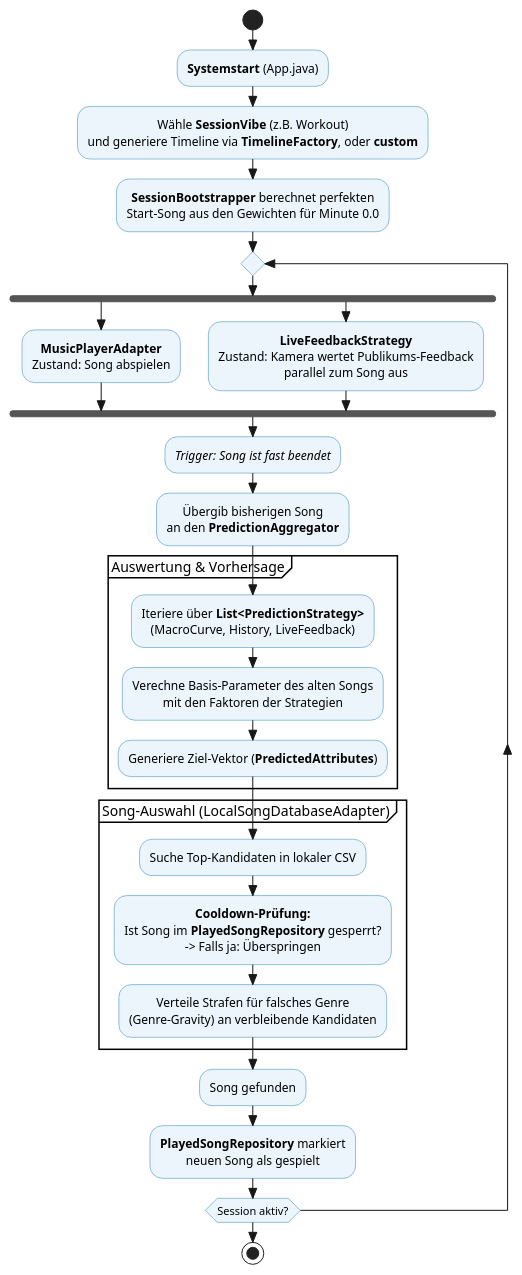
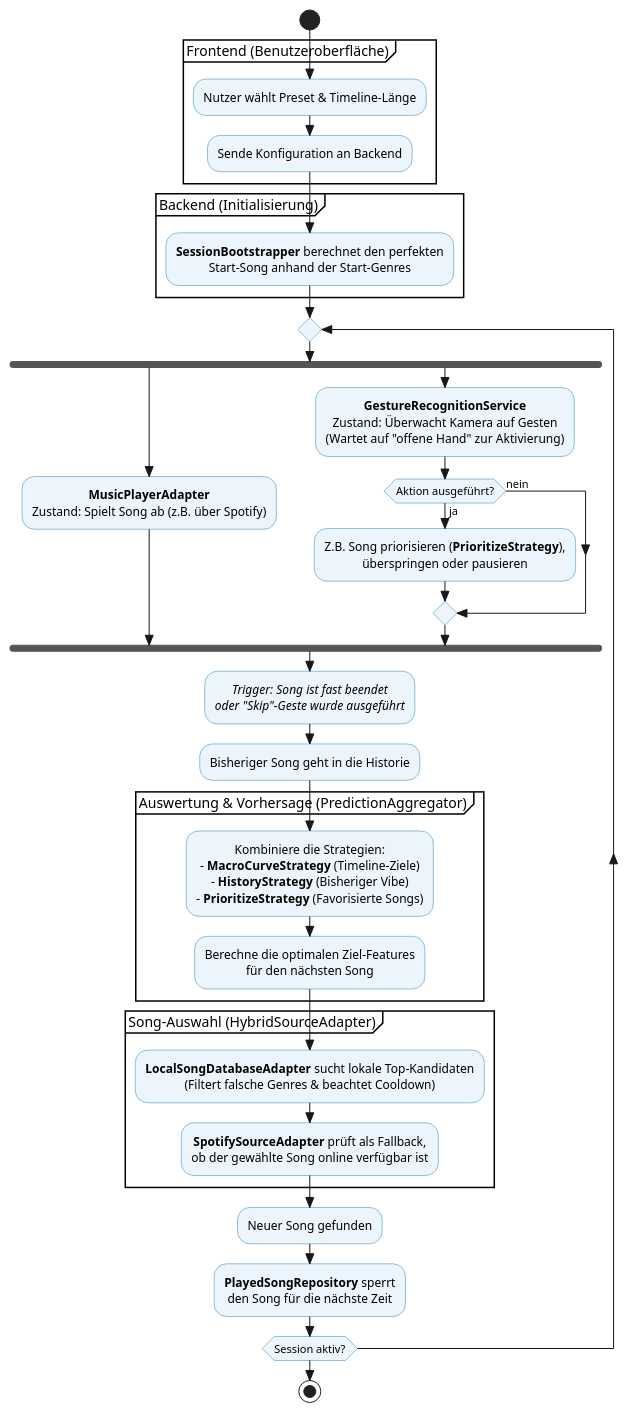
Before and after one commit to MH-Oliver/LuminaDJ: the diagram in aktivitätsdiagramm.puml, drawn with PlantUML. The commit also changed 1 other file, not shown here.

Commit message:
doc: UML-Diagramme aktualisiert

```diff
--- a/aktivitätsdiagramm.puml
+++ b/aktivitätsdiagramm.puml
@@ -1,65 +1,71 @@
 @startuml
 skinparam style strictuml
 skinparam defaultTextAlignment center
 skinparam ActivityBackgroundColor #EBF5FB
 skinparam ActivityBorderColor #2980B9
 skinparam NoteBackgroundColor #FDFEFE
 skinparam NoteBorderColor #BDC3C7
 
 start
 
-:<b>Systemstart</b> (App.java);
-:Wähle <b>SessionVibe</b> (z.B. Workout)
-und generiere Timeline via <b>TimelineFactory</b>, oder <b>custom</b>;
+partition "Frontend (Benutzeroberfläche)" {
+  :Nutzer wählt Preset & Timeline-Länge;
+  :Sende Konfiguration an Backend;
+}
 
-:<b>SessionBootstrapper</b> berechnet perfekten
-Start-Song aus den Gewichten für Minute 0.0;
+partition "Backend (Initialisierung)" {
+  :<b>SessionBootstrapper</b> berechnet den perfekten
+  Start-Song anhand der Start-Genres;
+}
 
 repeat
   ' --- ZUSTAND: ABSPIELEN & BEOBACHTEN ---
   fork
     :<b>MusicPlayerAdapter</b>
-    Zustand: Song abspielen;
+    Zustand: Spielt Song ab (z.B. über Spotify);
   fork again
-    :<b>LiveFeedbackStrategy</b>
-    Zustand: Kamera wertet Publikums-Feedback
-    parallel zum Song aus;
+    :<b>GestureRecognitionService</b>
+    Zustand: Überwacht Kamera auf Gesten
+    (Wartet auf "offene Hand" zur Aktivierung);
+
+    if (Aktion ausgeführt?) then (ja)
+       :Z.B. Song priorisieren (<b>PrioritizeStrategy</b>),
+       überspringen oder pausieren;
+    else (nein)
+    endif
   end fork
 
   ' --- TRIGGER: ENDE ---
-  :<i>Trigger: Song ist fast beendet</i>;
+  :<i>Trigger: Song ist fast beendet</i>
+  <i>oder "Skip"-Geste wurde ausgeführt</i>;
 
   ' --- AUSWERTUNG ---
-  :Übergib bisherigen Song
-  an den <b>PredictionAggregator</b>;
+  :Bisheriger Song geht in die Historie;
 
-  partition "Auswertung & Vorhersage" {
-    :Iteriere über <b>List<PredictionStrategy></b>
-    (MacroCurve, History, LiveFeedback);
+  partition "Auswertung & Vorhersage (PredictionAggregator)" {
+    :Kombiniere die Strategien:
+    - <b>MacroCurveStrategy</b> (Timeline-Ziele)
+    - <b>HistoryStrategy</b> (Bisheriger Vibe)
+    - <b>PrioritizeStrategy</b> (Favorisierte Songs);
 
-    :Verechne Basis-Parameter des alten Songs
-    mit den Faktoren der Strategien;
-
-    :Generiere Ziel-Vektor (<b>PredictedAttributes</b>);
+    :Berechne die optimalen Ziel-Features
+    für den nächsten Song;
   }
 
   ' --- NÄCHSTER SONG FINDEN ---
-  partition "Song-Auswahl (LocalSongDatabaseAdapter)" {
-      :Suche Top-Kandidaten in lokaler CSV;
+  partition "Song-Auswahl (HybridSourceAdapter)" {
+      :<b>LocalSongDatabaseAdapter</b> sucht lokale Top-Kandidaten
+      (Filtert falsche Genres & beachtet Cooldown);
 
-      :<b>Cooldown-Prüfung:</b>
-      Ist Song im <b>PlayedSongRepository</b> gesperrt?
-      -> Falls ja: Überspringen;
-
-      :Verteile Strafen für falsches Genre
-      (Genre-Gravity) an verbleibende Kandidaten;
+      :<b>SpotifySourceAdapter</b> prüft als Fallback,
+      ob der gewählte Song online verfügbar ist;
   }
 
-  :Song gefunden;
-  :<b>PlayedSongRepository</b> markiert
-  neuen Song als gespielt;
+  :Neuer Song gefunden;
+  :<b>PlayedSongRepository</b> sperrt
+  den Song für die nächste Zeit;
 
 repeat while (Session aktiv?)
 
 stop
 @enduml
```
